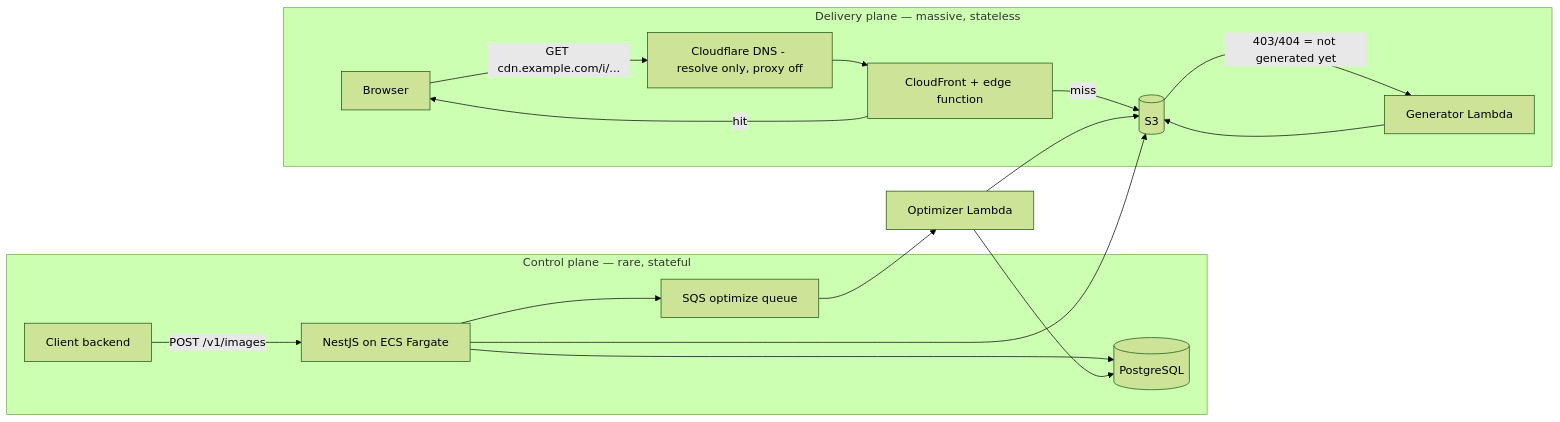
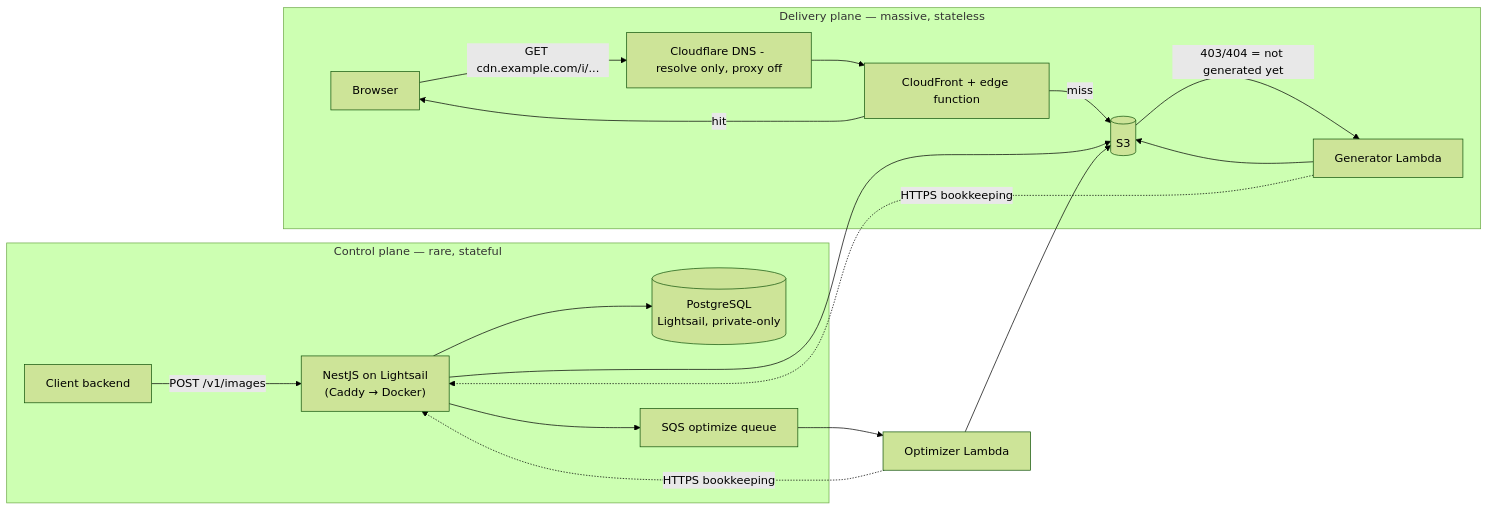
One commit to programmer-nur/image-optimization changed the first of 3 diagrams in docs/architecture.md. Above: the diagram before and after it, drawn with Mermaid (forest theme). The commit also changed other lines of this file and 66 other files, not shown here.

````diff
--- a/docs/architecture.md
+++ b/docs/architecture.md
@@ -12,20 +12,21 @@
 ```mermaid
 flowchart LR
     subgraph Control["Control plane — rare, stateful"]
-        A[Client backend] -->|"POST /v1/images"| B[NestJS on ECS Fargate]
-        B --> C[(PostgreSQL)]
+        A[Client backend] -->|"POST /v1/images"| B["NestJS on Lightsail<br/>(Caddy → Docker)"]
+        B --> C[("PostgreSQL<br/>Lightsail, private-only")]
         B --> D[SQS optimize queue]
     end
     subgraph Delivery["Delivery plane — massive, stateless"]
         E[Browser] -->|"GET cdn.example.com/i/..."| CF[Cloudflare DNS - resolve only, proxy off]
         CF --> F[CloudFront + edge function]
         F -->|hit| E
         F -->|miss| G[(S3)]
         G -->|"403/404 = not generated yet"| H[Generator Lambda]
         H --> G
     end
     B --> G
     D --> I[Optimizer Lambda]
     I --> G
-    I --> C
+    I -.->|"HTTPS bookkeeping"| B
+    H -.->|"HTTPS bookkeeping"| B
 ```
````
